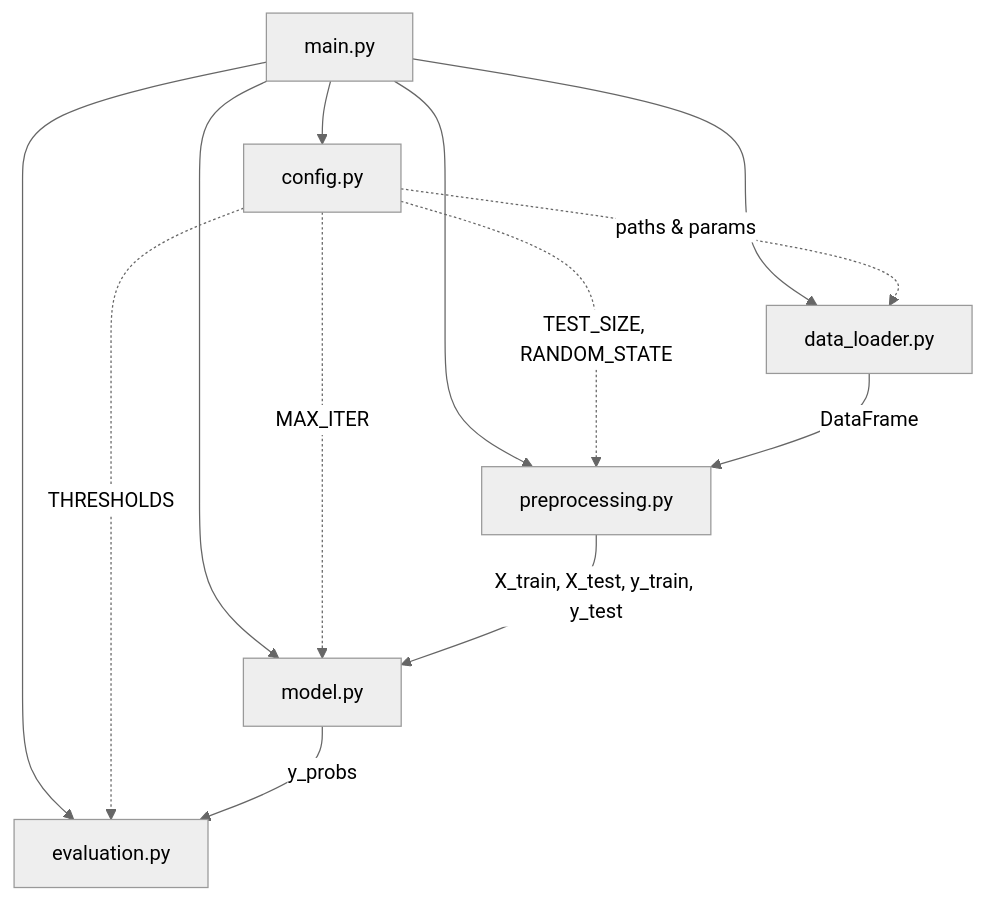
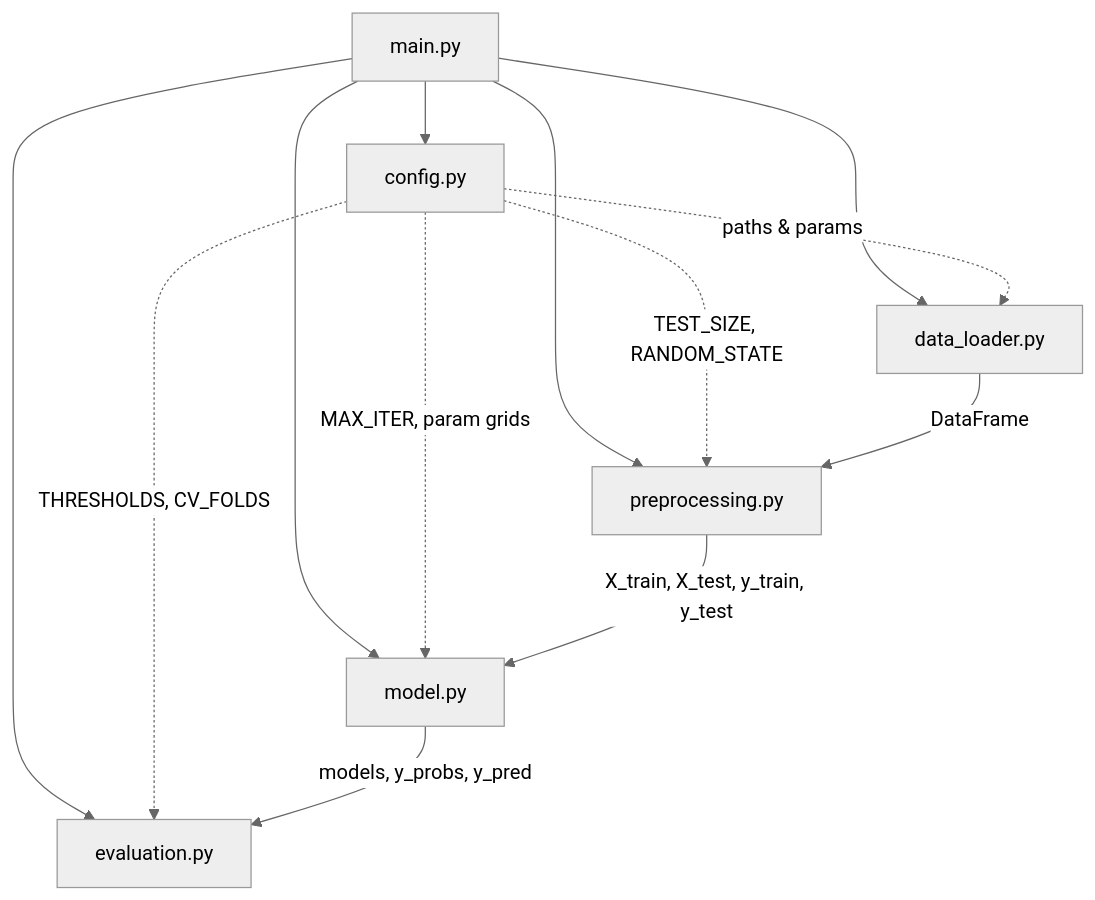
Before and after one commit to yhimanshu22/credit_risk_assessment: the third of 4 diagrams in architecture.md, drawn with Mermaid (neutral theme). The commit also changed other lines of this file, not shown here.

````diff
--- a/architecture.md
+++ b/architecture.md
@@ -116,17 +129,17 @@
 ```mermaid
 graph TD
     MAIN[main.py] --> CONFIG[config.py]
     MAIN --> DL[data_loader.py]
     MAIN --> PP[preprocessing.py]
     MAIN --> MD[model.py]
     MAIN --> EV[evaluation.py]
 
     CONFIG -.->|paths & params| DL
     CONFIG -.->|TEST_SIZE, RANDOM_STATE| PP
-    CONFIG -.->|MAX_ITER| MD
-    CONFIG -.->|THRESHOLDS| EV
+    CONFIG -.->|MAX_ITER, param grids| MD
+    CONFIG -.->|THRESHOLDS, CV_FOLDS| EV
 
     DL -->|DataFrame| PP
     PP -->|X_train, X_test, y_train, y_test| MD
-    MD -->|y_probs| EV
+    MD -->|models, y_probs, y_pred| EV
 ```
````
